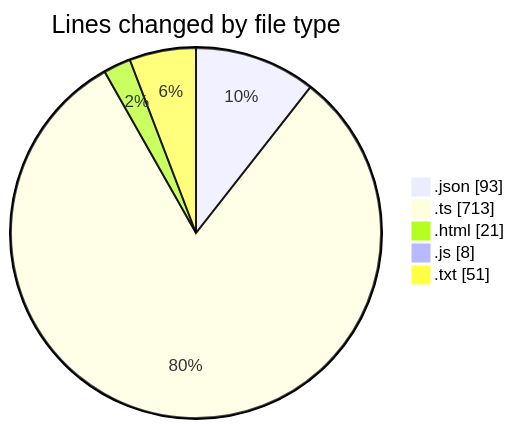
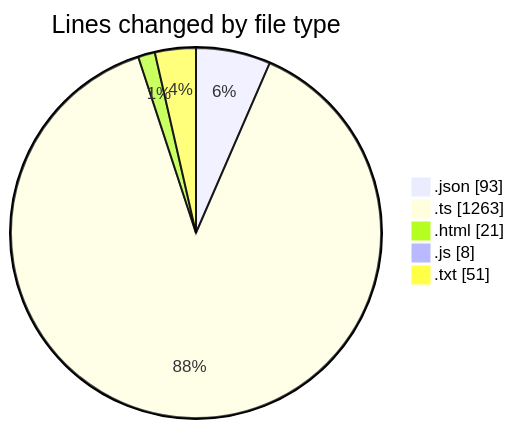
The first of 2 diagrams in 2026-02-02/singularitybrainai/README.md (tmsrecording-cyber/code-tracking), drawn with Mermaid before and after one commit. The commit also changed other lines of this file and 1 other file, not shown here.

````diff
--- a/2026-02-02/singularitybrainai/README.md
+++ b/2026-02-02/singularitybrainai/README.md
@@ -28,9 +29,9 @@
 ```mermaid
 pie showData
 title Lines changed by file type
 ".json" : 93
-".ts" : 713
+".ts" : 1263
 ".html" : 21
 ".js" : 8
 ".txt" : 51
 ```
````
